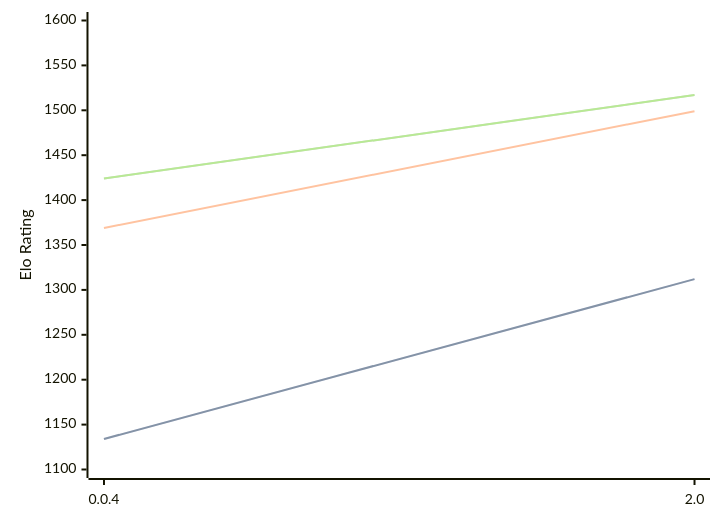
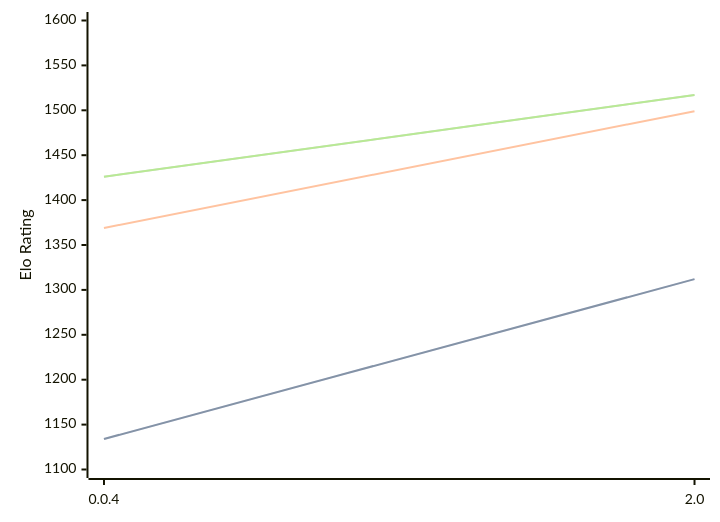
The diagram in engines/Oops!Mate.md (computer-chess-index/cci), drawn with Mermaid before and after one commit. The commit also changed other lines of this file, not shown here.

Commit message:
Update CCI Ratings (ELO VLTC) - 2026-02-18

````diff
--- a/engines/Oops!Mate.md
+++ b/engines/Oops!Mate.md
@@ -48,11 +48,11 @@
 ```mermaid
 %%{init: {"theme":"base","themeVariables":{"seriesColors:['#a3a3a3','#222221','#faa371']}}}%%
 xychart-beta
   x-axis ["0.0.4", "2.0"]
   y-axis "Elo Rating" 1100 --> 1600
   line "STC (8.0+0.08s)" [1134, 1312]
   line "STC (8.0+0.08s)" [1134, 1312]
   line "LTC (60.0+0.60s)" [1369, 1499]
-  line "VLTC (2m24s+1.12s)" [1424, 1517]
-  line "VLTC (2m24s+1.12s)" [1424, 1517]
+  line "VLTC (2m24s+1.12s)" [1426, 1517]
+  line "VLTC (2m24s+1.12s)" [1426, 1517]
 ```
````
